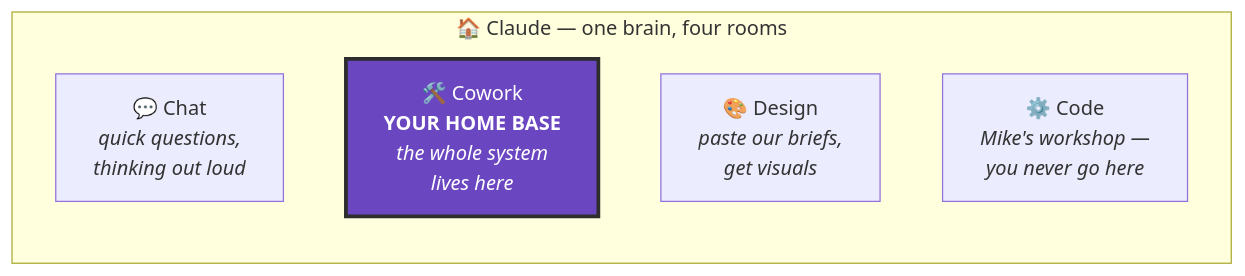
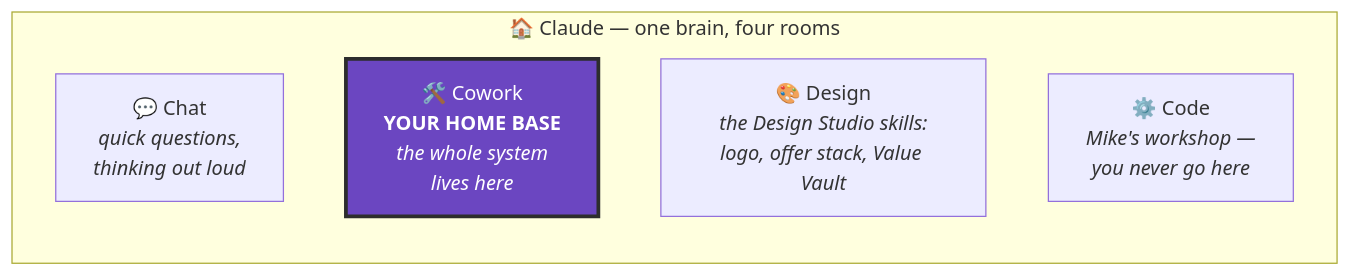
One commit to teamsherrard/claude-agent-attraction-os changed the first of 6 diagrams in plugins/maa-claude-support/shared/visual-aids.md. Above: the diagram before and after it, drawn with Mermaid. The commit also changed other lines of this file and 188 other files, not shown here.

````diff
--- a/plugins/maa-claude-support/shared/visual-aids.md
+++ b/plugins/maa-claude-support/shared/visual-aids.md
@@ -16,10 +16,10 @@
 ```mermaid
 flowchart LR
     subgraph CLAUDE["🏠 Claude — one brain, four rooms"]
         CHAT["💬 Chat<br/><i>quick questions,<br/>thinking out loud</i>"]
         COWORK["🛠️ Cowork<br/><b>YOUR HOME BASE</b><br/><i>the whole system<br/>lives here</i>"]
-        DESIGN["🎨 Design<br/><i>paste our briefs,<br/>get visuals</i>"]
+        DESIGN["🎨 Design<br/><i>the Design Studio skills:<br/>logo, offer stack, Value Vault</i>"]
         CODE["⚙️ Code<br/><i>Mike's workshop —<br/>you never go here</i>"]
     end
     style COWORK fill:#6b46c1,color:#fff,stroke:#2d2d2d,stroke-width:3px
 ```
````
